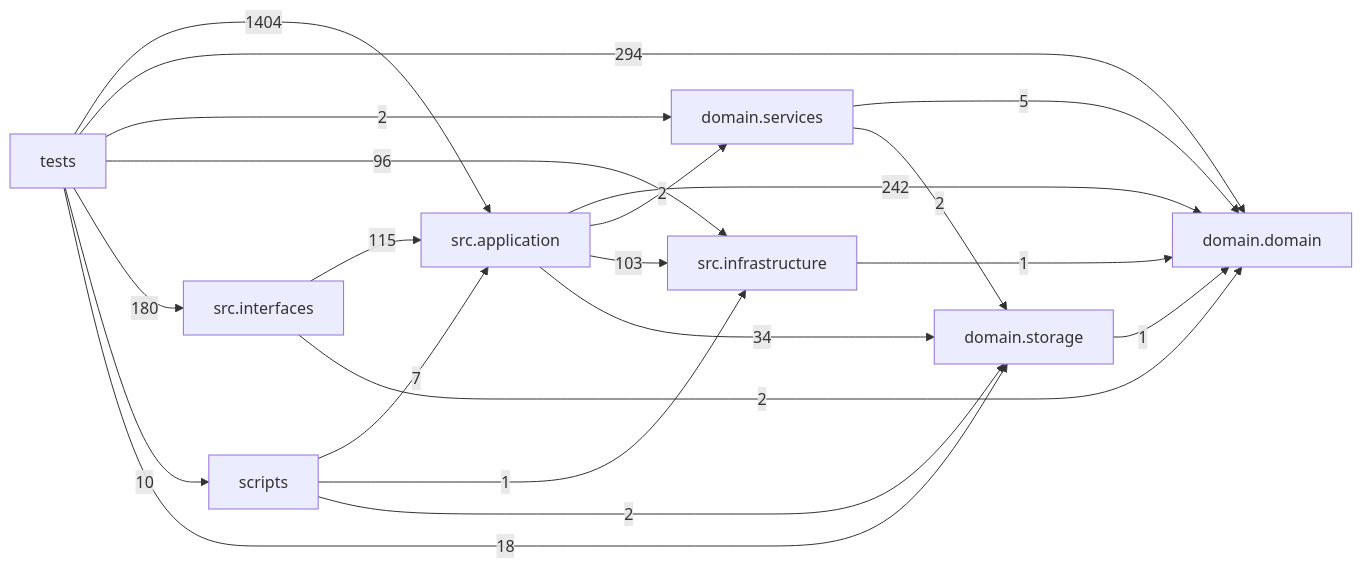
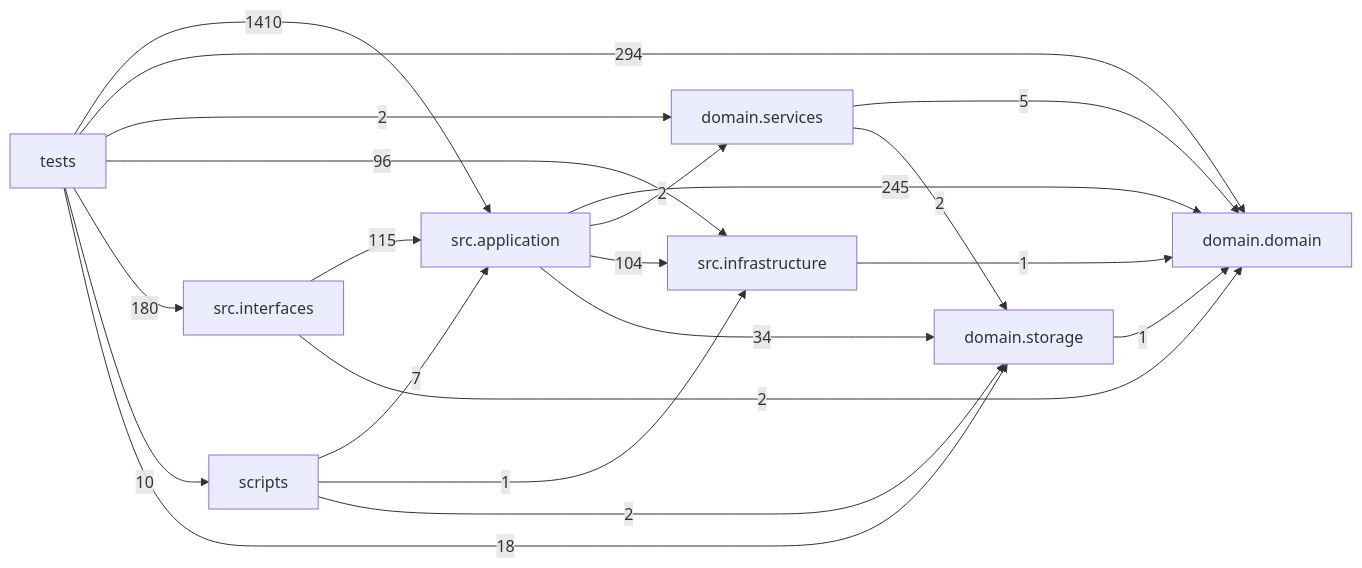
The diagram in docs/DEPENDENCY_GRAPH.md (liuxie066/options-monitor), drawn with Mermaid before and after one commit. The commit also changed other lines of this file and 19 other files, not shown here.

````diff
--- a/docs/DEPENDENCY_GRAPH.md
+++ b/docs/DEPENDENCY_GRAPH.md
@@ -24,31 +24,31 @@
 ```mermaid
 flowchart LR
   tests["tests"]
   scripts["scripts"]
   interfaces["src.interfaces"]
   application["src.application"]
   infrastructure["src.infrastructure"]
   domain_services["domain.services"]
   domain["domain.domain"]
   storage["domain.storage"]
-  application -->|242| domain
+  application -->|245| domain
   application -->|2| domain_services
-  application -->|103| infrastructure
+  application -->|104| infrastructure
   application -->|34| storage
   domain_services -->|5| domain
   domain_services -->|2| storage
   infrastructure -->|1| domain
   interfaces -->|115| application
   interfaces -->|2| domain
   scripts -->|7| application
   scripts -->|1| infrastructure
   scripts -->|2| storage
   storage -->|1| domain
-  tests -->|1404| application
+  tests -->|1410| application
   tests -->|294| domain
   tests -->|2| domain_services
   tests -->|96| infrastructure
   tests -->|180| interfaces
   tests -->|10| scripts
   tests -->|18| storage
 ```
````
